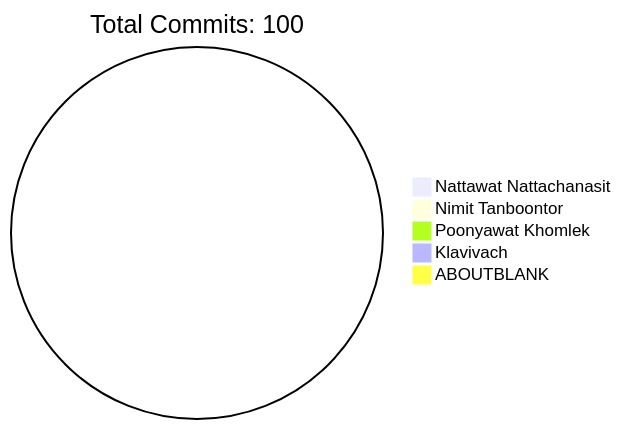
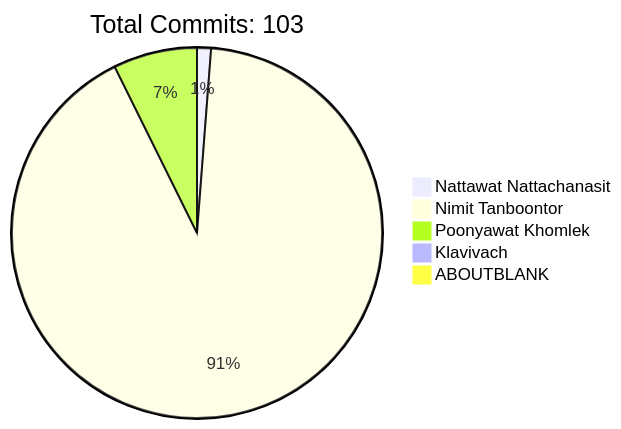
Before and after one commit to HLLC-MFU/HLLC-2025: the diagram in README.md, drawn with Mermaid. The commit also changed other lines of this file and 3 other files, not shown here.

````diff
--- a/README.md
+++ b/README.md
@@ -170,9 +170,9 @@
 ```mermaid
 pie
-    title Total Commits: 100
-    "Nattawat Nattachanasit" : 0
-    "Nimit Tanboontor" : 0
-    "Poonyawat Khomlek" : 0
+    title Total Commits: 103
+    "Nattawat Nattachanasit" : 1
+    "Nimit Tanboontor" : 75
+    "Poonyawat Khomlek" : 6
     "Klavivach" : 0
     "ABOUTBLANK" : 0
 ```
````
